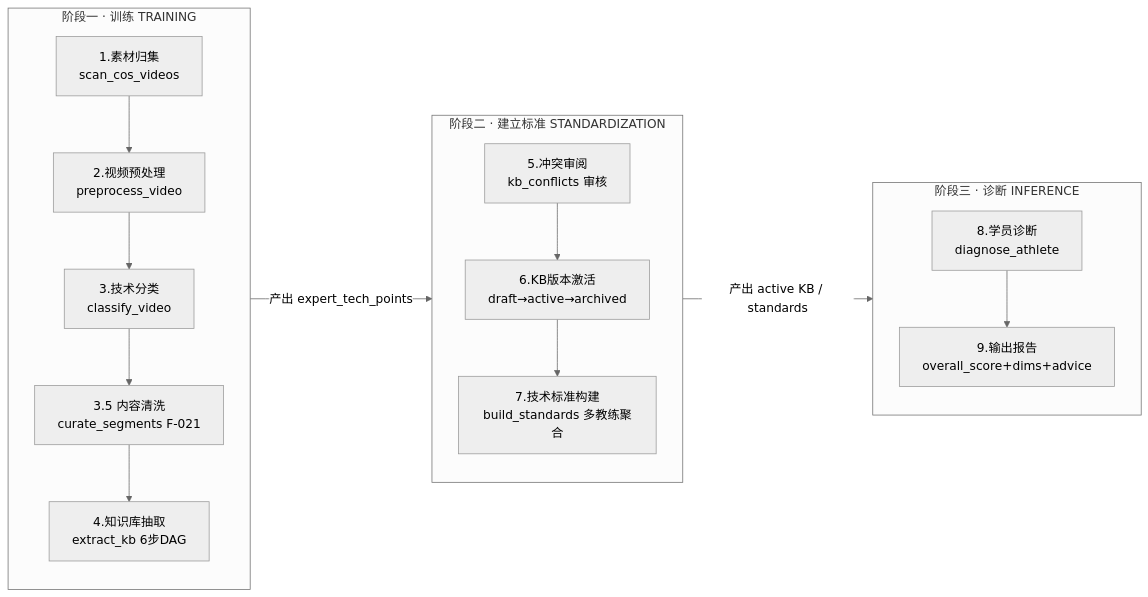
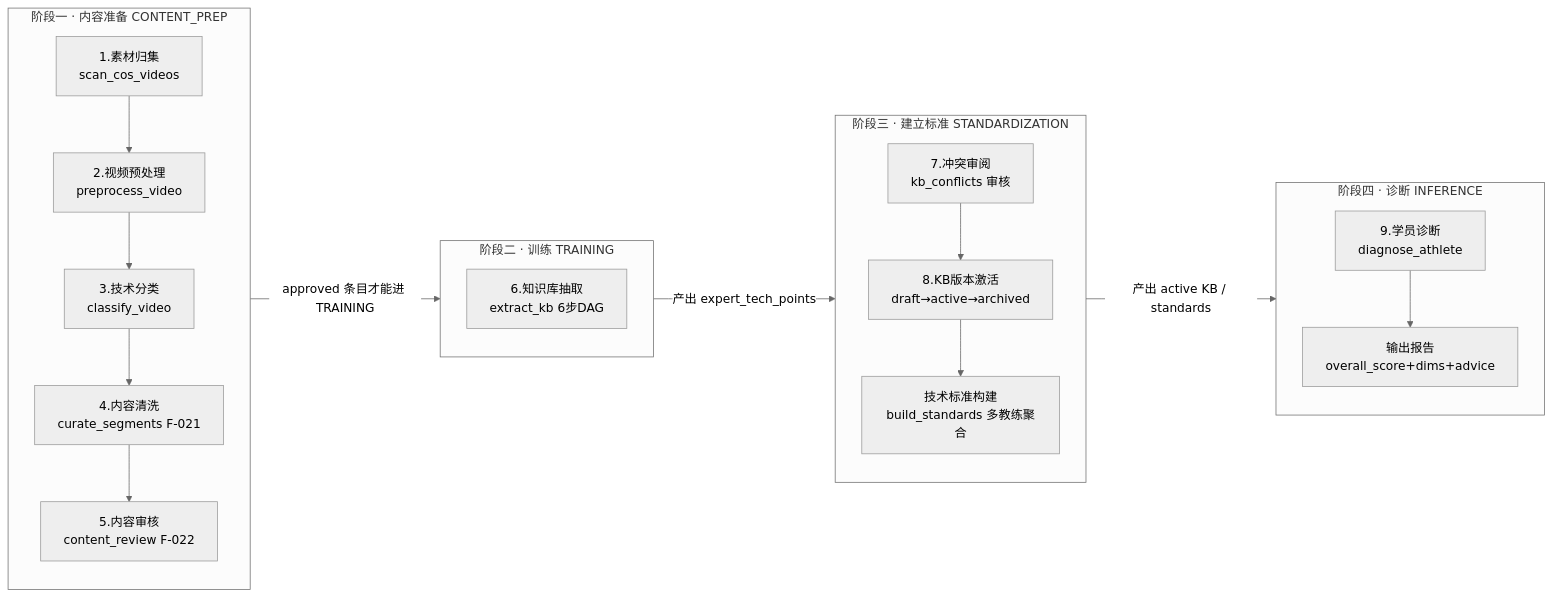
Before and after one commit to huangchaolelio/char_pp: the first of 2 diagrams in docs/business-workflow.md, drawn with Mermaid (neutral theme). The commit also changed other lines of this file and 42 other files, not shown here.

````diff
--- a/docs/business-workflow.md
+++ b/docs/business-workflow.md
@@ -25,23 +25,29 @@
 ```mermaid
 flowchart LR
-  subgraph S1[阶段一 · 训练 TRAINING]
+  subgraph S0[阶段一 · 内容准备 CONTENT_PREP]
     direction TB
-    T1[1.素材归集<br/>scan_cos_videos] --> T2[2.视频预处理<br/>preprocess_video]
-    T2 --> T3[3.技术分类<br/>classify_video] --> T35[3.5 内容清洗<br/>curate_segments F-021]
-    T35 --> T4[4.知识库抽取<br/>extract_kb 6步DAG]
+    P1[1.素材归集<br/>scan_cos_videos] --> P2[2.视频预处理<br/>preprocess_video]
+    P2 --> P3[3.技术分类<br/>classify_video] --> P4[4.内容清洗<br/>curate_segments F-021]
+    P4 --> P5[5.内容审核<br/>content_review F-022]
   end
 
-  subgraph S2[阶段二 · 建立标准 STANDARDIZATION]
+  subgraph S1[阶段二 · 训练 TRAINING]
     direction TB
-    B1[5.冲突审阅<br/>kb_conflicts 审核] --> B2[6.KB版本激活<br/>draft→active→archived]
-    B2 --> B3[7.技术标准构建<br/>build_standards 多教练聚合]
+    T1[6.知识库抽取<br/>extract_kb 6步DAG]
   end
 
-  subgraph S3[阶段三 · 诊断 INFERENCE]
+  subgraph S2[阶段三 · 建立标准 STANDARDIZATION]
     direction TB
-    D1[8.学员诊断<br/>diagnose_athlete] --> D2[9.输出报告<br/>overall_score+dims+advice]
+    B1[7.冲突审阅<br/>kb_conflicts 审核] --> B2[8.KB版本激活<br/>draft→active→archived]
+    B2 --> B3[技术标准构建<br/>build_standards 多教练聚合]
   end
 
+  subgraph S3[阶段四 · 诊断 INFERENCE]
+    direction TB
+    D1[9.学员诊断<br/>diagnose_athlete] --> D2[输出报告<br/>overall_score+dims+advice]
+  end
+
+  S0 -- approved 条目才能进 TRAINING --> S1
   S1 -- 产出 expert_tech_points --> S2
   S2 -- 产出 active KB / standards --> S3
 ```
````
